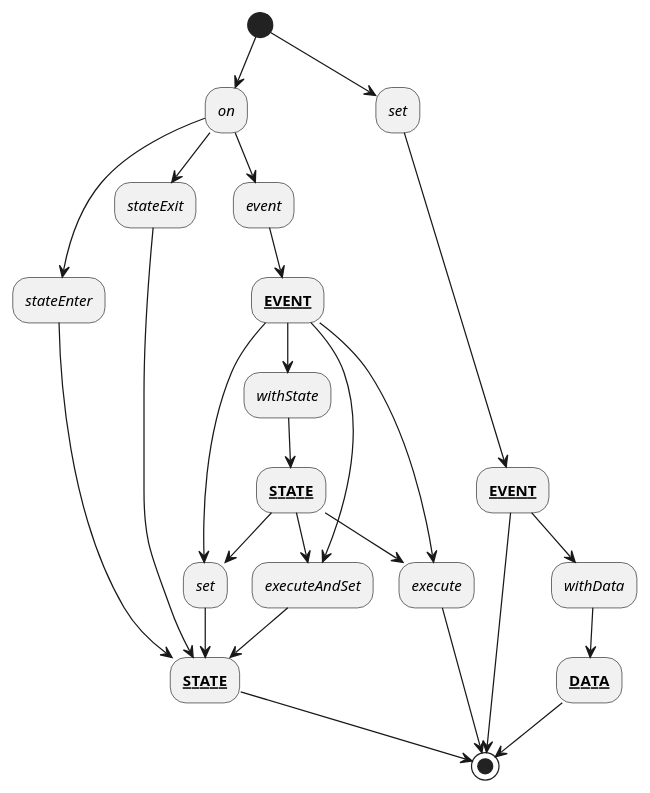
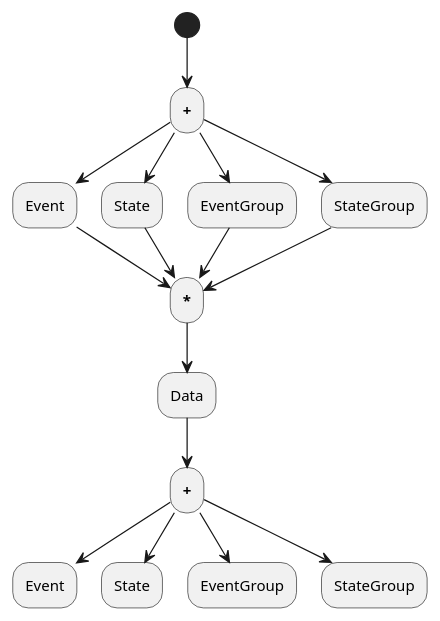
Before and after one commit to SaschaZ/utils: the diagram in core/src/main/kotlin/dev/zieger/utils/statemachine/StateMachine.puml, drawn with PlantUML. The commit also changed 12 other files, not shown here.

```diff
--- a/core/src/main/kotlin/dev/zieger/utils/statemachine/StateMachine.puml
+++ b/core/src/main/kotlin/dev/zieger/utils/statemachine/StateMachine.puml
@@ -1,38 +1,22 @@
 @startuml
 
-(*) -D-> "//on//" as On
+(*) -D-> "**+**" as Enter
 
-On -D-> "//event//" as onEvent
-On -D-> "//stateEnter//" as onStateEnter
-On -D-> "//stateExit//" as onStateExit
+"**+**" as Enter -D-> "Event" as Event0
+"**+**" as Enter -D-> "State" as State0
+"**+**" as Enter -D-> "EventGroup" as EventGroup0
+"**+**" as Enter -D-> "StateGroup" as StateGroup0
 
-onEvent -D-> "**__EVENT__**" as  EVENT1
-EVENT1 -D-> "//withState//" as withState
-withState -D-> "**__STATE__**" as STATE1
+Event0 -D-> "*****" as TIMES0
+EventGroup0 -D-> "*****" as TIMES0
+State0 -D-> "*****" as TIMES0
+StateGroup0 -D-> "*****" as TIMES0
 
-EVENT1 -D-> "//execute//" as Execute 
-STATE1-D-> "//execute//" as Execute 
-EVENT1 -D-> "//set//" as Set1
-STATE1-D-> "//set//" as Set1 
-STATE1-D-> "//executeAndSet//" as ExecuteAndSet 
-EVENT1 -D-> "//executeAndSet//" as ExecuteAndSet
+TIMES0 -D-> "Data" as Data0
 
-onStateEnter -D-> "**__STATE__**" as STATE2
-onStateExit -D-> "**__STATE__**" as STATE2
-
-Execute -D-> (*)
-Set1 -D-> "**__STATE__**" as STATE2
-ExecuteAndSet -D-> "**__STATE__**" as STATE2
-STATE2 -D-> (*)
-
-
-(*) -D-> "//set//" as Set2
-
-Set2 -D-> "**__EVENT__**" as EVENT2
-EVENT2 -D-> "//withData//" as WithData
-WithData -D-> "**__DATA__**" as Data
-
-EVENT2 -D-> (*)
-Data -D-> (*)
-
+Data0 -D-> "**+**" as PLUS0
+"**+**" as PLUS0 -D-> "Event" as Event1
+"**+**" as PLUS0 -D-> "State" as State1
+"**+**" as PLUS0 -D-> "EventGroup" as EventGroup1
+"**+**" as PLUS0 -D-> "StateGroup" as StateGroup1
 @enduml
```
